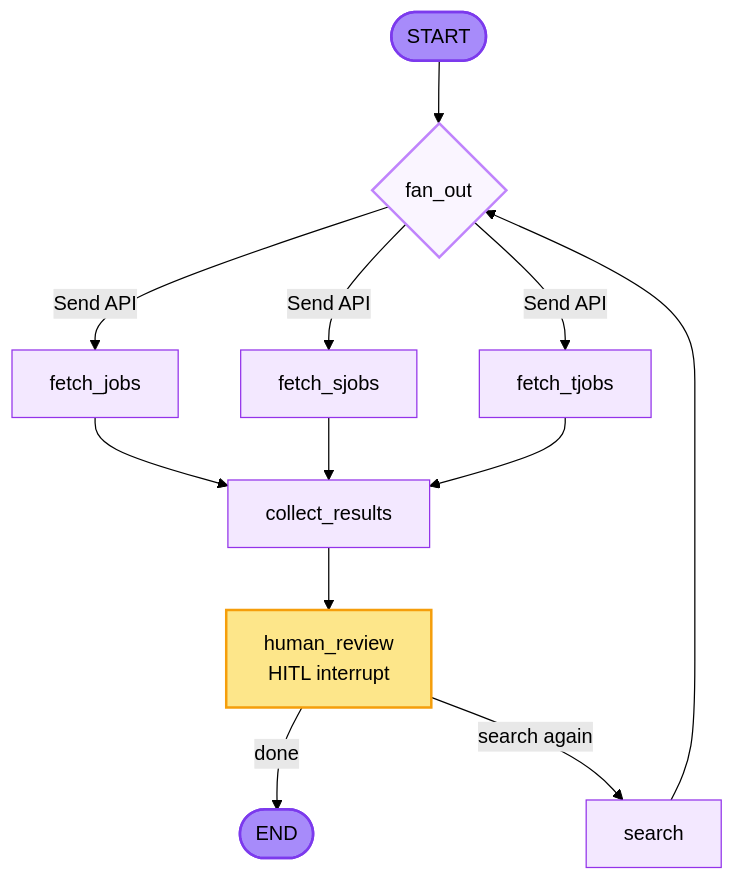
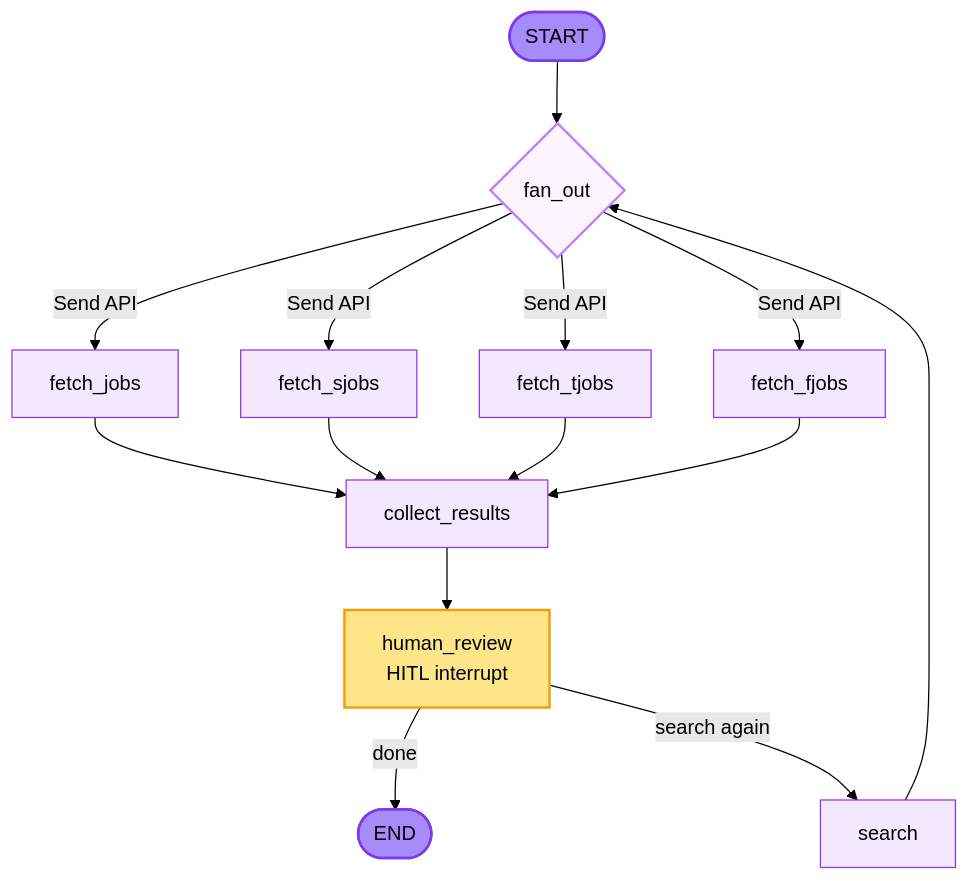
One commit to tsouk88/job-search-agent changed the diagram in README.md. Above: the diagram before and after it, drawn with Mermaid (forest theme). The commit also changed other lines of this file, not shown here.

````diff
--- a/README.md
+++ b/README.md
@@ -34,29 +33,31 @@
 ```mermaid
 flowchart TD
     START([START]) --> fan_out{fan_out}
     
     fan_out -->|Send API| fetch_jobs[fetch_jobs]
     fan_out -->|Send API| fetch_sjobs[fetch_sjobs]
     fan_out -->|Send API| fetch_tjobs[fetch_tjobs]
-    
+    fan_out -->|Send API| fetch_fjobs[fetch_fjobs]
+
     fetch_jobs --> collect_results[collect_results]
     fetch_sjobs --> collect_results
     fetch_tjobs --> collect_results
+    fetch_fjobs --> collect_results
     
     collect_results --> human_review[human_review\nHITL interrupt]
     
     human_review -->|done| END([END])
     human_review -->|search again| search[search]
     
     search --> fan_out
 
     classDef startEnd fill:#a78bfa,stroke:#7c3aed,stroke-width:2px,color:#000;
     classDef nodeStyle fill:#f3e8ff,stroke:#9333ea,stroke-width:1px,color:#000;
     classDef condStyle fill:#faf5ff,stroke:#c084fc,stroke-width:2px,color:#000;
     classDef hitl fill:#fde68a,stroke:#f59e0b,stroke-width:2px,color:#000;
     
     class START,END startEnd;
-    class fetch_jobs,fetch_sjobs,fetch_tjobs,collect_results,search nodeStyle;
+    class fetch_jobs,fetch_sjobs,fetch_tjobs,fetch_fjobs,collect_results,search nodeStyle;
     class fan_out condStyle;
     class human_review hitl;
 ```
````
